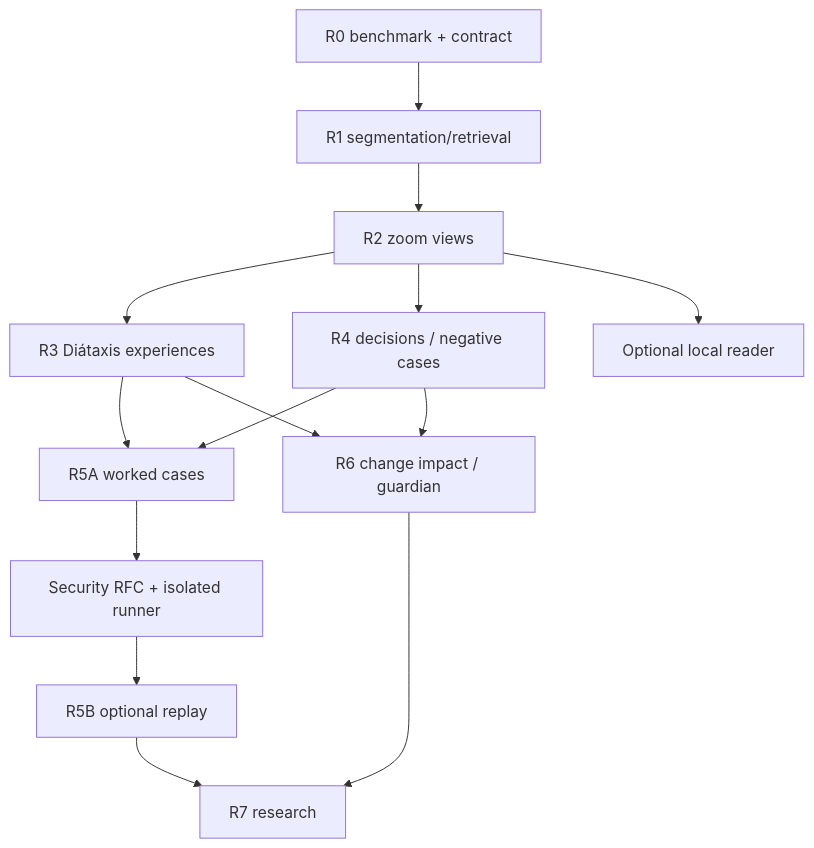
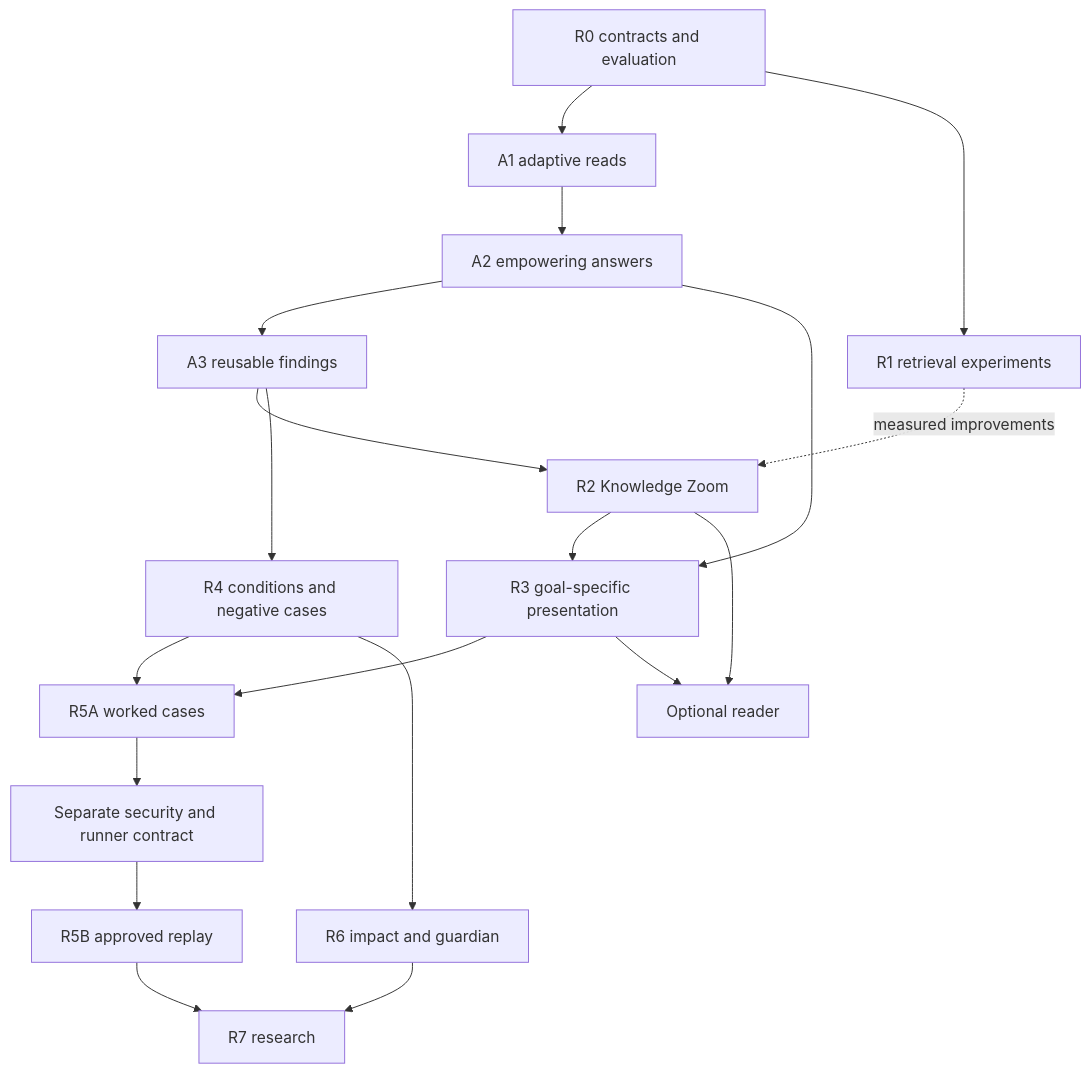
Before and after one commit to grove/lore: the diagram in docs/KNOWLEDGE_EXPERIENCE_ROADMAP.md, drawn with Mermaid. The commit also changed other lines of this file and 3 other files, not shown here.

````diff
--- a/docs/KNOWLEDGE_EXPERIENCE_ROADMAP.md
+++ b/docs/KNOWLEDGE_EXPERIENCE_ROADMAP.md
@@ -281,16 +309,21 @@
 ```mermaid
 flowchart TD
-  R0["R0 benchmark + contract"] --> R1["R1 segmentation/retrieval"]
-  R1 --> R2["R2 zoom views"]
-  R2 --> R3["R3 Diátaxis experiences"]
-  R2 --> R4["R4 decisions / negative cases"]
-  R3 --> R5A["R5A worked cases"]
+  R0[R0 contracts and evaluation] --> A1[A1 adaptive reads]
+  A1 --> A2[A2 empowering answers]
+  A2 --> A3[A3 reusable findings]
+  R0 --> R1[R1 retrieval experiments]
+  A2 --> R3[R3 goal-specific presentation]
+  A3 --> R2[R2 Knowledge Zoom]
+  R1 -. measured improvements .-> R2
+  R2 --> R3
+  A3 --> R4[R4 conditions and negative cases]
+  R3 --> R5A[R5A worked cases]
   R4 --> R5A
-  R5A --> S["Security RFC + isolated runner"]
-  S --> R5B["R5B optional replay"]
-  R4 --> R6["R6 change impact / guardian"]
-  R3 --> R6
-  R2 --> UI["Optional local reader"]
-  R6 --> R7["R7 research"]
+  R5A --> S[Separate security and runner contract]
+  S --> R5B[R5B approved replay]
+  R4 --> R6[R6 impact and guardian]
+  R2 --> UI[Optional reader]
+  R3 --> UI
+  R6 --> R7[R7 research]
   R5B --> R7
 ```
````
